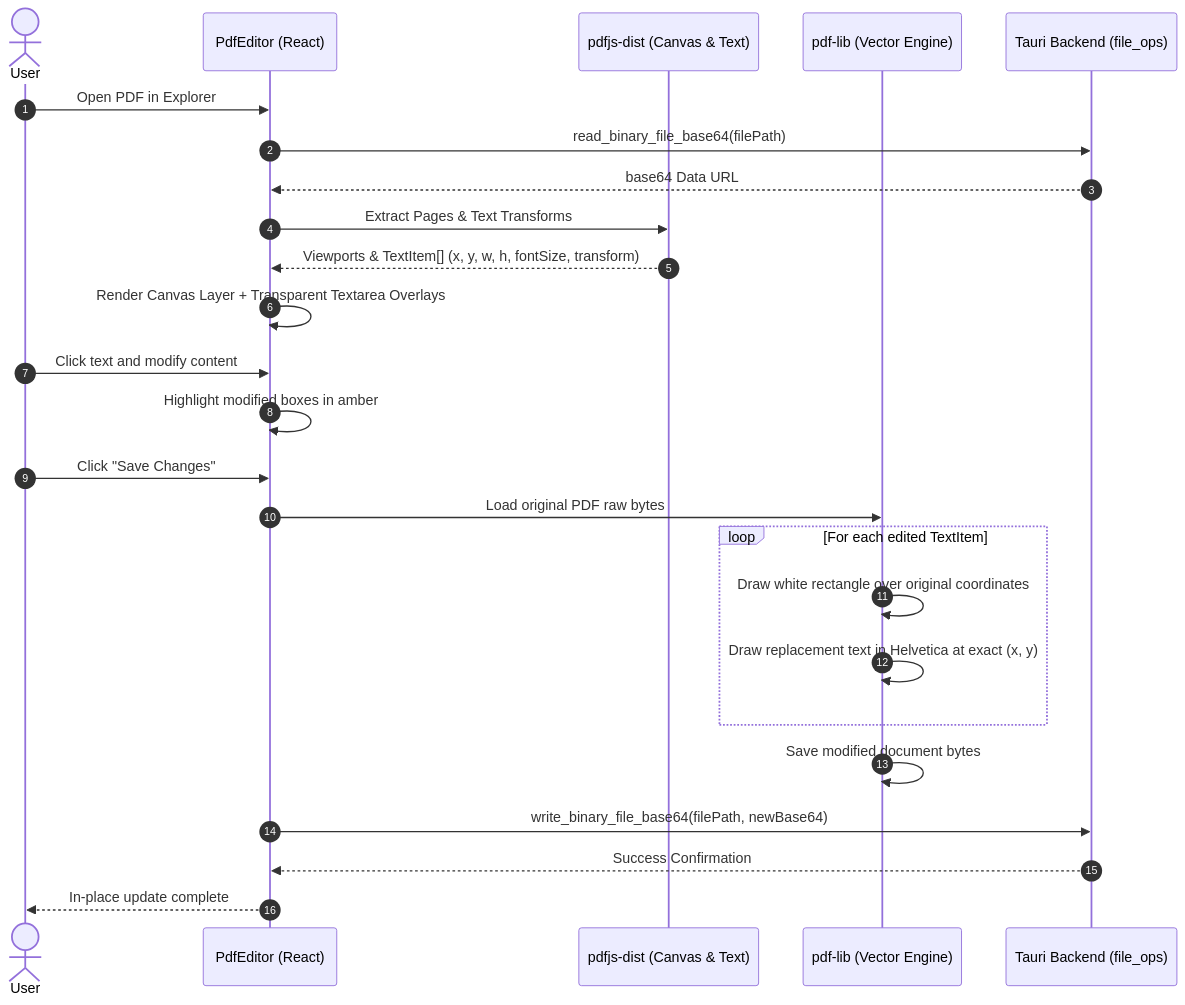
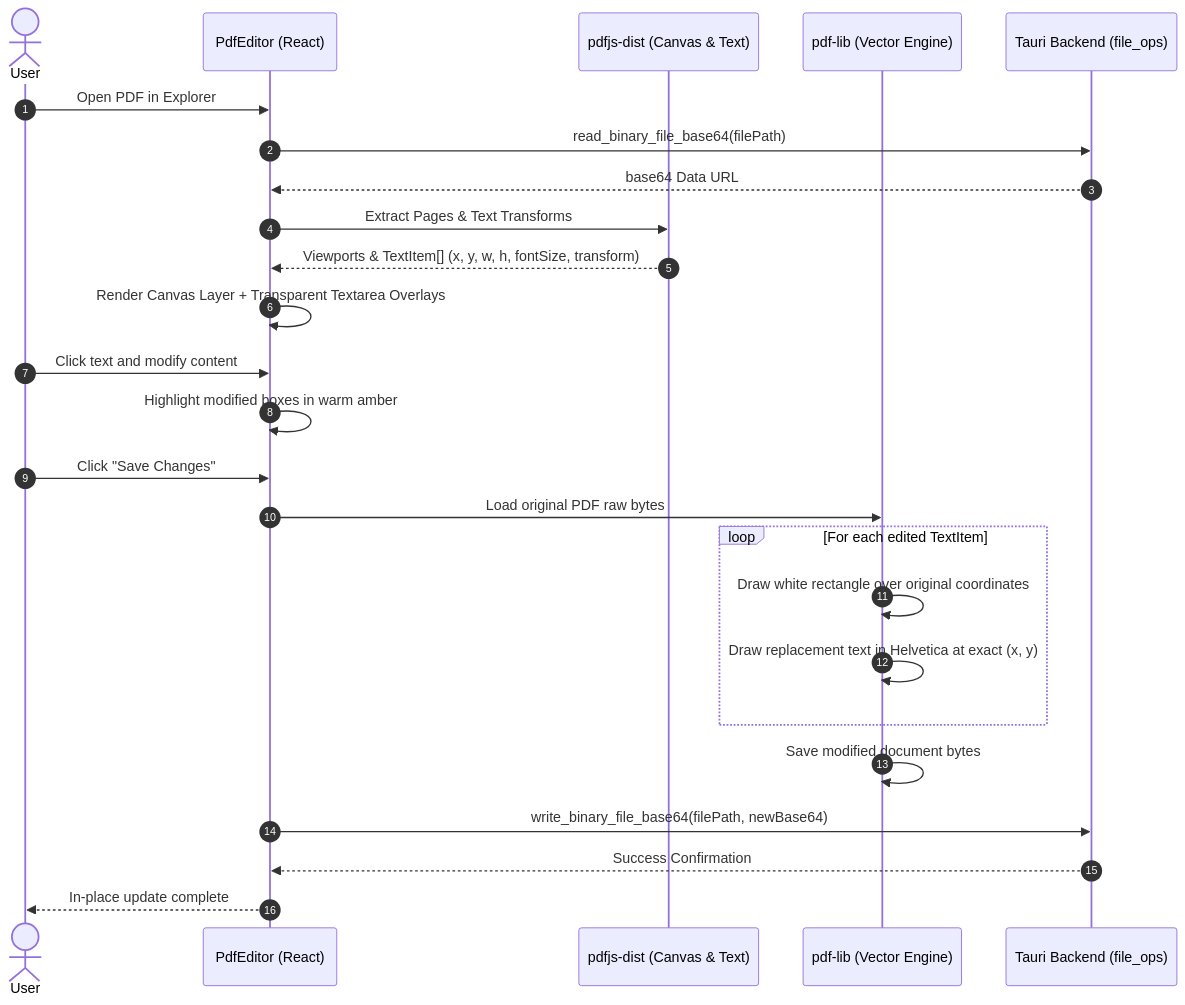
One commit to zishan049/Composer changed the fourth of 11 diagrams in PRD.md. Above: the diagram before and after it, drawn with Mermaid. The commit also changed other lines of this file and 25 other files, not shown here.

````diff
--- a/PRD.md
+++ b/PRD.md
@@ -198,28 +215,28 @@
 ```mermaid
 sequenceDiagram
     autonumber
     actor User
     participant View as PdfEditor (React)
     participant PDFJS as pdfjs-dist (Canvas & Text)
     participant PDFLIB as pdf-lib (Vector Engine)
     participant Rust as Tauri Backend (file_ops)
 
     User->>View: Open PDF in Explorer
     View->>Rust: read_binary_file_base64(filePath)
     Rust-->>View: base64 Data URL
     View->>PDFJS: Extract Pages & Text Transforms
     PDFJS-->>View: Viewports & TextItem[] (x, y, w, h, fontSize, transform)
     View->>View: Render Canvas Layer + Transparent Textarea Overlays
     User->>View: Click text and modify content
-    View->>View: Highlight modified boxes in amber
+    View->>View: Highlight modified boxes in warm amber
     User->>View: Click "Save Changes"
     View->>PDFLIB: Load original PDF raw bytes
     loop For each edited TextItem
         PDFLIB->>PDFLIB: Draw white rectangle over original coordinates
         PDFLIB->>PDFLIB: Draw replacement text in Helvetica at exact (x, y)
     end
     PDFLIB->>PDFLIB: Save modified document bytes
     View->>Rust: write_binary_file_base64(filePath, newBase64)
     Rust-->>View: Success Confirmation
     View-->>User: In-place update complete
 ```
````
